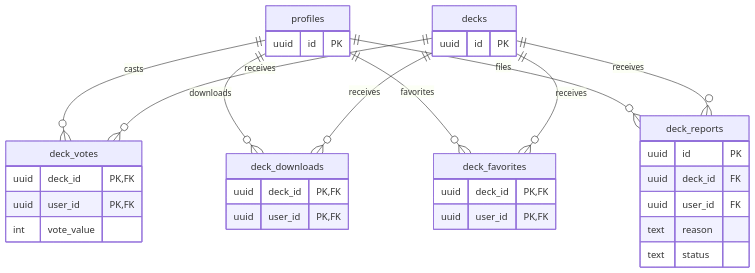
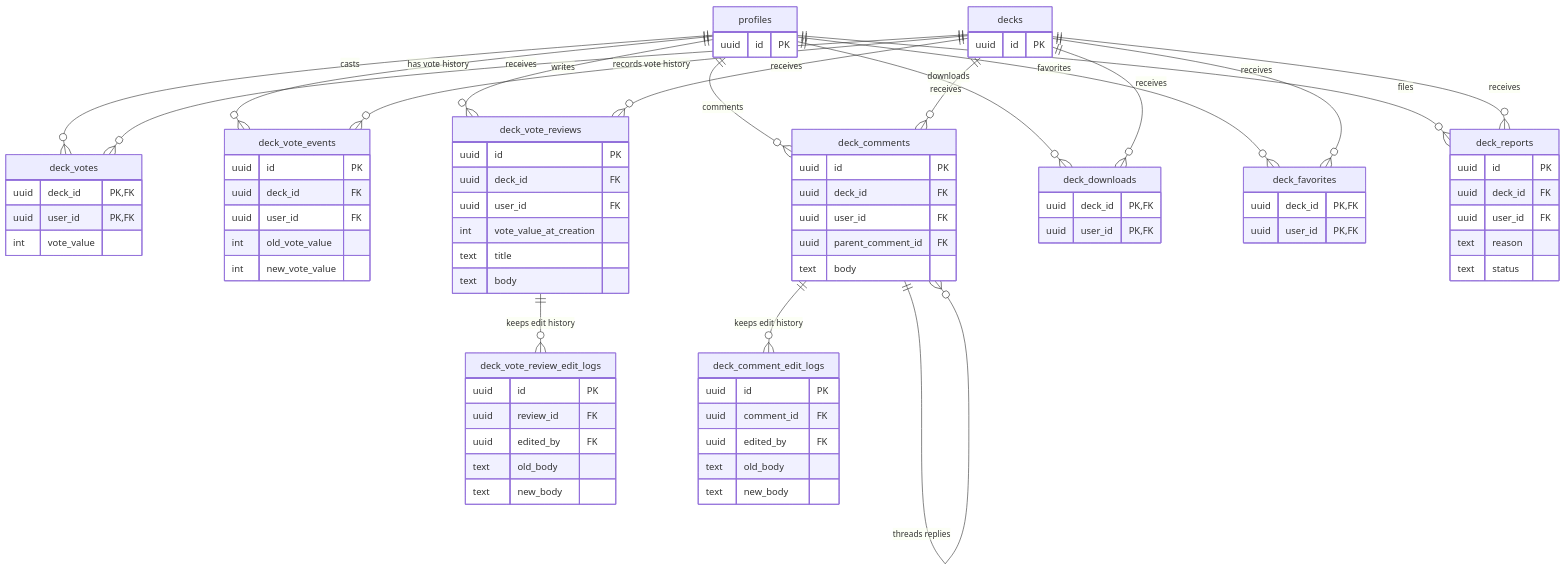
One commit to GuyWithBag/boo_mondai changed the fifth of 6 diagrams in supabase/context/schema_diagram.md. Above: the diagram before and after it, drawn with Mermaid. The commit also changed other lines of this file and 6 other files, not shown here.

```diff
--- a/supabase/context/schema_diagram.md
+++ b/supabase/context/schema_diagram.md
@@ -219,6 +221,47 @@
         uuid deck_id PK, FK
         uuid user_id PK, FK
         int vote_value
+    }
+
+    deck_vote_events {
+        uuid id PK
+        uuid deck_id FK
+        uuid user_id FK
+        int old_vote_value
+        int new_vote_value
+    }
+
+    deck_vote_reviews {
+        uuid id PK
+        uuid deck_id FK
+        uuid user_id FK
+        int vote_value_at_creation
+        text title
+        text body
+    }
+
+    deck_vote_review_edit_logs {
+        uuid id PK
+        uuid review_id FK
+        uuid edited_by FK
+        text old_body
+        text new_body
+    }
+
+    deck_comments {
+        uuid id PK
+        uuid deck_id FK
+        uuid user_id FK
+        uuid parent_comment_id FK
+        text body
+    }
+
+    deck_comment_edit_logs {
+        uuid id PK
+        uuid comment_id FK
+        uuid edited_by FK
+        text old_body
+        text new_body
     }
 
     deck_downloads {
@@ -241,6 +284,17 @@
 
     profiles ||--o{ deck_votes : "casts"
     decks ||--o{ deck_votes : "receives"
+    profiles ||--o{ deck_vote_events : "has vote history"
+    decks ||--o{ deck_vote_events : "records vote history"
+
+    profiles ||--o{ deck_vote_reviews : "writes"
+    decks ||--o{ deck_vote_reviews : "receives"
+    deck_vote_reviews ||--o{ deck_vote_review_edit_logs : "keeps edit history"
+
+    profiles ||--o{ deck_comments : "comments"
+    decks ||--o{ deck_comments : "receives"
+    deck_comments ||--o{ deck_comments : "threads replies"
+    deck_comments ||--o{ deck_comment_edit_logs : "keeps edit history"
 
     profiles ||--o{ deck_downloads : "downloads"
     decks ||--o{ deck_downloads : "receives"
```
